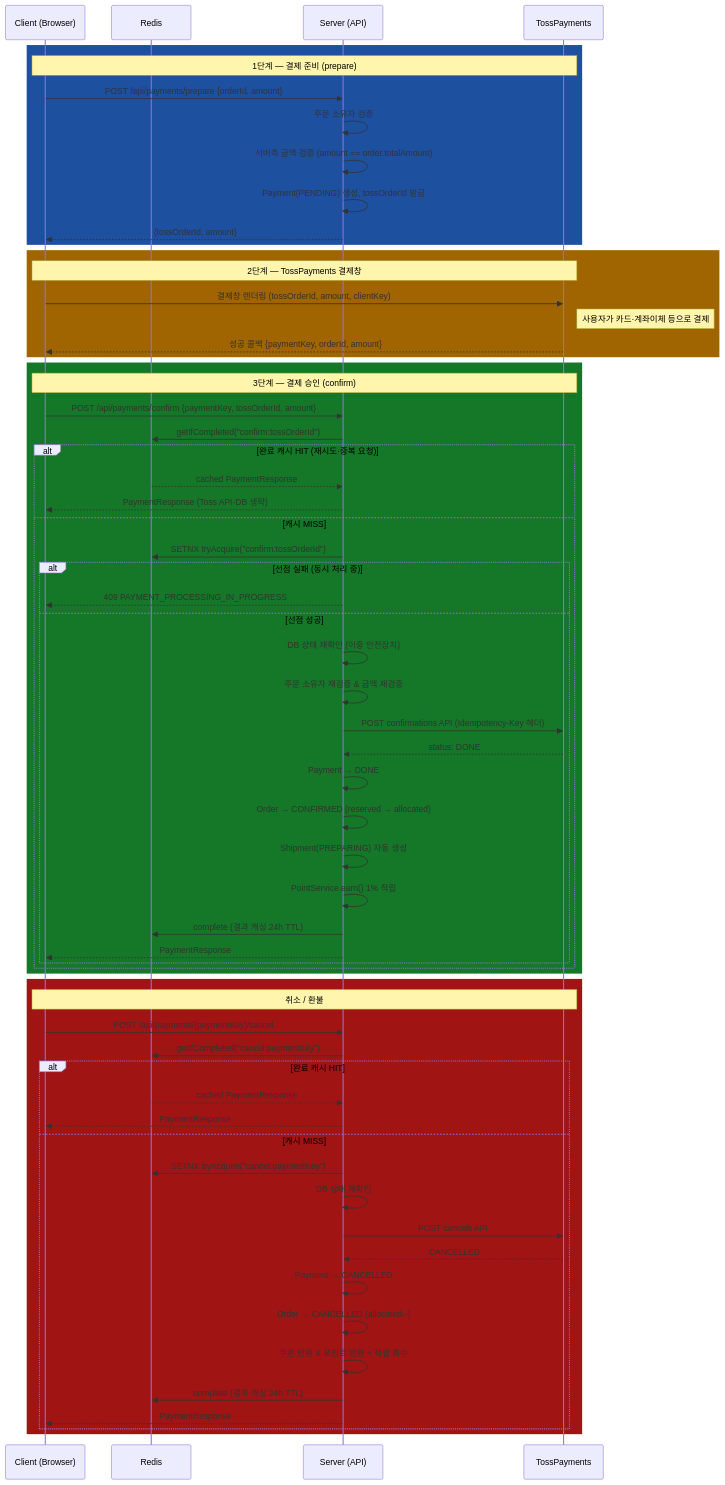
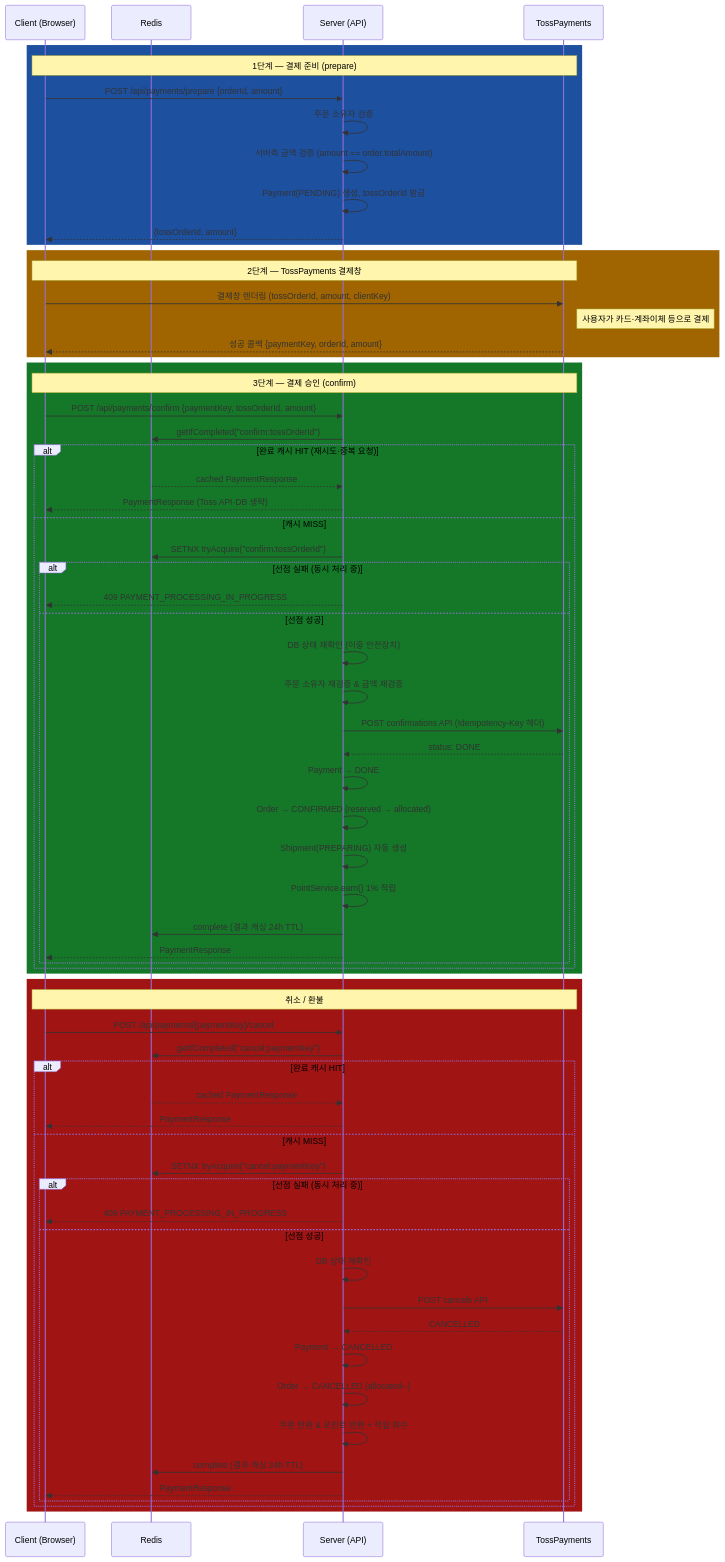
Before and after one commit to nameless0422/stock-management-api: the third of 6 diagrams in README.md, drawn with Mermaid.

Commit message:
docs: cancel 섹션 SETNX 분기 누락 수정 (alt 선점 실패/성공 추가)

````diff
--- a/README.md
+++ b/README.md
@@ -424,69 +424,73 @@
 ```mermaid
 sequenceDiagram
     participant C as Client (Browser)
     participant R as Redis
     participant S as Server (API)
     participant T as TossPayments
 
     rect rgb(30, 80, 160)
         Note over C,T: 1단계 — 결제 준비 (prepare)
         C->>S: POST /api/payments/prepare {orderId, amount}
         S->>S: 주문 소유자 검증
         S->>S: 서버측 금액 검증 (amount == order.totalAmount)
         S->>S: Payment(PENDING) 생성, tossOrderId 발급
         S-->>C: {tossOrderId, amount}
     end
 
     rect rgb(160, 100, 0)
         Note over C,T: 2단계 — TossPayments 결제창
         C->>T: 결제창 렌더링 (tossOrderId, amount, clientKey)
         Note right of T: 사용자가 카드·계좌이체 등으로 결제
         T-->>C: 성공 콜백 {paymentKey, orderId, amount}
     end
 
     rect rgb(20, 120, 40)
         Note over C,T: 3단계 — 결제 승인 (confirm)
         C->>S: POST /api/payments/confirm {paymentKey, tossOrderId, amount}
         S->>R: getIfCompleted("confirm:tossOrderId")
         alt 완료 캐시 HIT (재시도·중복 요청)
             R-->>S: cached PaymentResponse
             S-->>C: PaymentResponse (Toss API·DB 생략)
         else 캐시 MISS
             S->>R: SETNX tryAcquire("confirm:tossOrderId")
             alt 선점 실패 (동시 처리 중)
                 S-->>C: 409 PAYMENT_PROCESSING_IN_PROGRESS
             else 선점 성공
                 S->>S: DB 상태 재확인 (이중 안전장치)
                 S->>S: 주문 소유자 재검증 & 금액 재검증
                 S->>T: POST confirmations API (Idempotency-Key 헤더)
                 T-->>S: status: DONE
                 S->>S: Payment → DONE
                 S->>S: Order → CONFIRMED (reserved → allocated)
                 S->>S: Shipment(PREPARING) 자동 생성
                 S->>S: PointService.earn() 1% 적립
                 S->>R: complete (결과 캐싱 24h TTL)
                 S-->>C: PaymentResponse
             end
         end
     end
 
     rect rgb(160, 20, 20)
         Note over C,T: 취소 / 환불
         C->>S: POST /api/payments/{paymentKey}/cancel
         S->>R: getIfCompleted("cancel:paymentKey")
         alt 완료 캐시 HIT
             R-->>S: cached PaymentResponse
             S-->>C: PaymentResponse
         else 캐시 MISS
             S->>R: SETNX tryAcquire("cancel:paymentKey")
-            S->>S: DB 상태 재확인
-            S->>T: POST cancels API
-            T-->>S: CANCELLED
-            S->>S: Payment → CANCELLED
-            S->>S: Order → CANCELLED (allocated--)
-            S->>S: 쿠폰 반환 & 포인트 반환 + 적립 회수
-            S->>R: complete (결과 캐싱 24h TTL)
-            S-->>C: PaymentResponse
+            alt 선점 실패 (동시 처리 중)
+                S-->>C: 409 PAYMENT_PROCESSING_IN_PROGRESS
+            else 선점 성공
+                S->>S: DB 상태 재확인
+                S->>T: POST cancels API
+                T-->>S: CANCELLED
+                S->>S: Payment → CANCELLED
+                S->>S: Order → CANCELLED (allocated--)
+                S->>S: 쿠폰 반환 & 포인트 반환 + 적립 회수
+                S->>R: complete (결과 캐싱 24h TTL)
+                S-->>C: PaymentResponse
+            end
         end
     end
 ```
````
